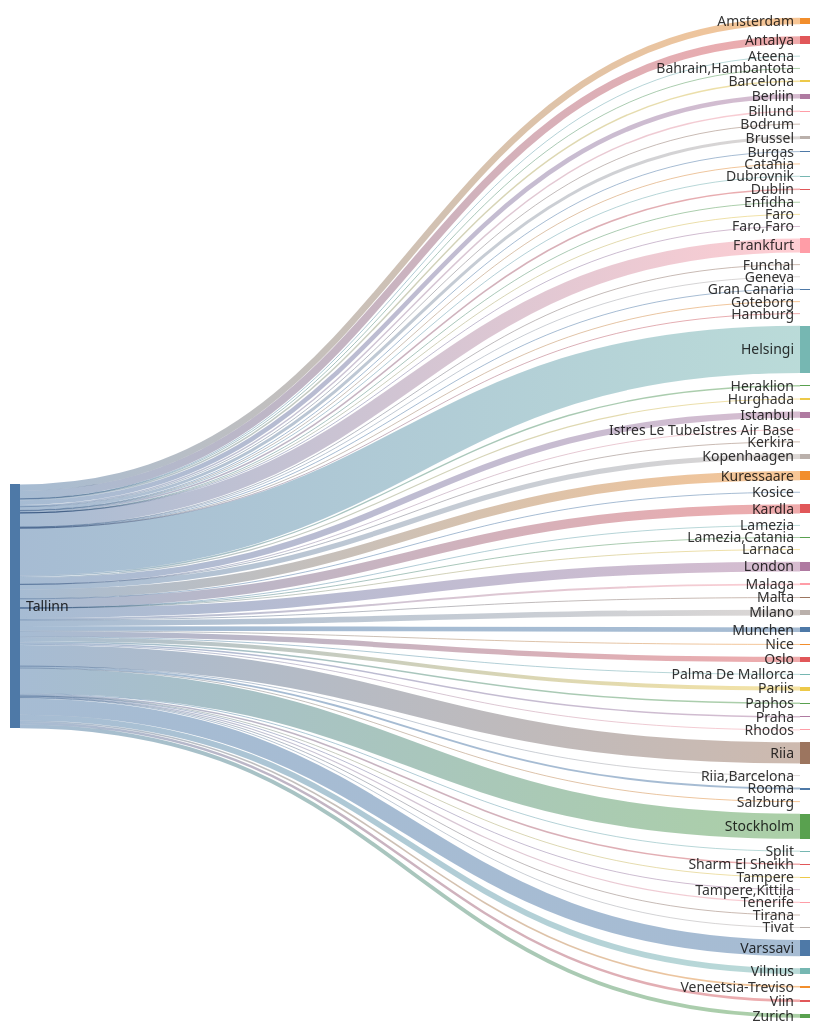
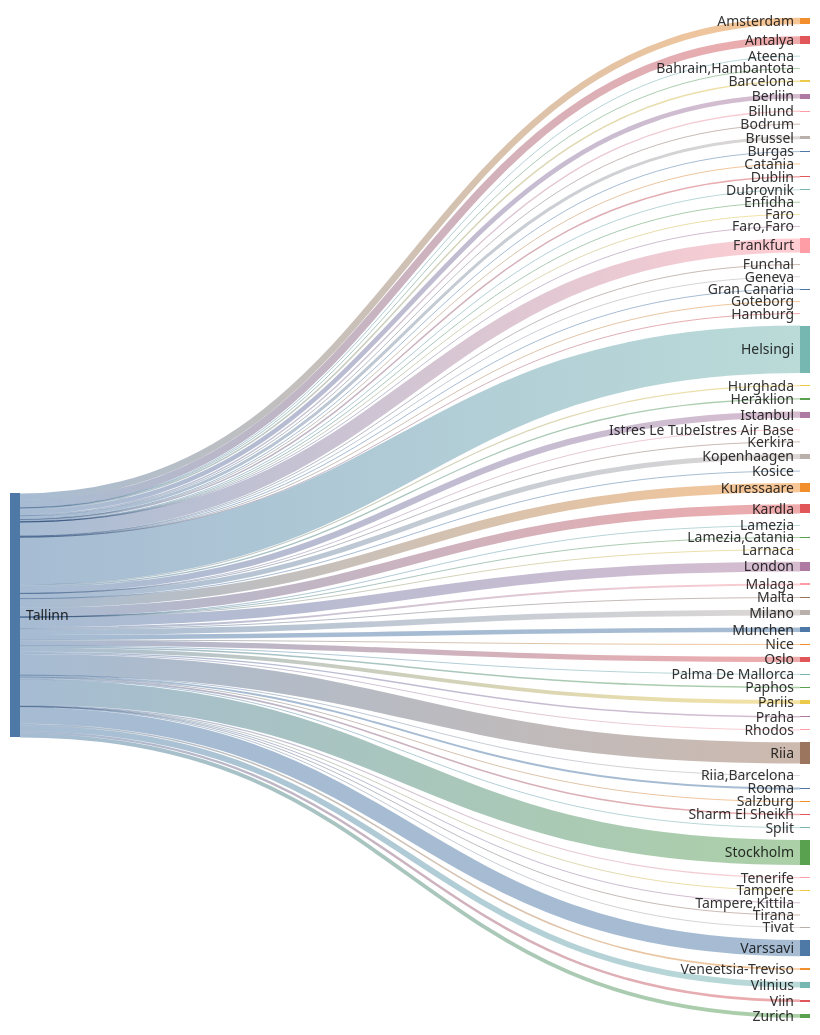
The second of 2 diagrams in README.md (rainermesi/tll-airport-departures), drawn with Mermaid before and after one commit. The commit also changed other lines of this file, not shown here.

````diff
--- a/README.md
+++ b/README.md
@@ -34,77 +34,77 @@
 ```mermaid
 ---
 config:
   sankey:
     showValues: false
     width: 800
     height: 1000
 ---
 sankey-beta
 %% source,target,value
-Tallinn,Amsterdam,227
-Tallinn,Antalya,264
+Tallinn,Amsterdam,228
+Tallinn,Antalya,265
 Tallinn,Ateena,16
 Tallinn,"Bahrain,Hambantota",1
-Tallinn,Barcelona,52
+Tallinn,Barcelona,53
 Tallinn,Berliin,163
 Tallinn,Billund,49
 Tallinn,Bodrum,11
 Tallinn,Brussel,105
 Tallinn,Burgas,21
 Tallinn,Catania,2
 Tallinn,Dublin,54
 Tallinn,Dubrovnik,21
 Tallinn,Enfidha,7
 Tallinn,Faro,4
 Tallinn,"Faro,Faro",1
-Tallinn,Frankfurt,491
+Tallinn,Frankfurt,493
 Tallinn,Funchal,5
 Tallinn,Geneva,6
 Tallinn,Gran Canaria,26
 Tallinn,Goteborg,1
 Tallinn,Hamburg,1
-Tallinn,Helsingi,1654
+Tallinn,Helsingi,1662
 Tallinn,Heraklion,46
 Tallinn,Hurghada,40
-Tallinn,Istanbul,217
+Tallinn,Istanbul,218
 Tallinn,Istres Le TubeIstres Air Base,2
 Tallinn,Kerkira,4
 Tallinn,Kopenhaagen,180
 Tallinn,Kosice,1
-Tallinn,Kuressaare,319
-Tallinn,Kardla,319
+Tallinn,Kuressaare,321
+Tallinn,Kardla,321
 Tallinn,Lamezia,1
 Tallinn,"Lamezia,Catania",3
 Tallinn,Larnaca,4
-Tallinn,London,342
+Tallinn,London,344
 Tallinn,Malaga,66
 Tallinn,Malta,15
-Tallinn,Milano,197
-Tallinn,Munchen,162
+Tallinn,Milano,198
+Tallinn,Munchen,163
 Tallinn,Nice,25
 Tallinn,Oslo,184
 Tallinn,Palma De Mallorca,19
 Tallinn,Paphos,53
 Tallinn,Pariis,137
 Tallinn,Praha,49
 Tallinn,Rhodos,32
-Tallinn,Riia,740
+Tallinn,Riia,743
 Tallinn,"Riia,Barcelona",1
 Tallinn,Rooma,66
 Tallinn,Salzburg,7
-Tallinn,Sharm El Sheikh,55
+Tallinn,Sharm El Sheikh,56
 Tallinn,Split,25
-Tallinn,Stockholm,875
+Tallinn,Stockholm,877
 Tallinn,Tampere,17
-Tallinn,"Tampere,Kittila",7
+Tallinn,"Tampere,Kittila",8
 Tallinn,Tenerife,40
 Tallinn,Tirana,8
 Tallinn,Tivat,26
-Tallinn,Varssavi,571
+Tallinn,Varssavi,574
 Tallinn,Veneetsia-Treviso,54
 Tallinn,Viin,86
-Tallinn,Vilnius,199
+Tallinn,Vilnius,201
 Tallinn,Zurich,134
 
 
 ```
````
